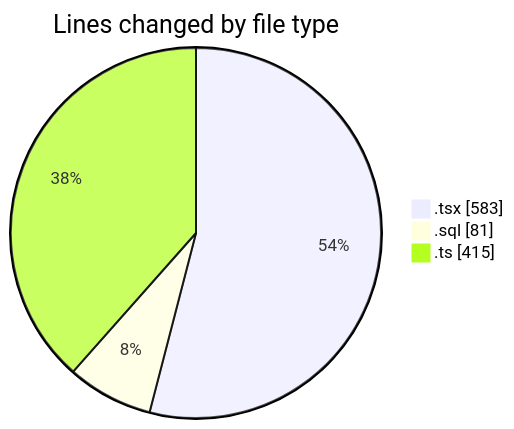
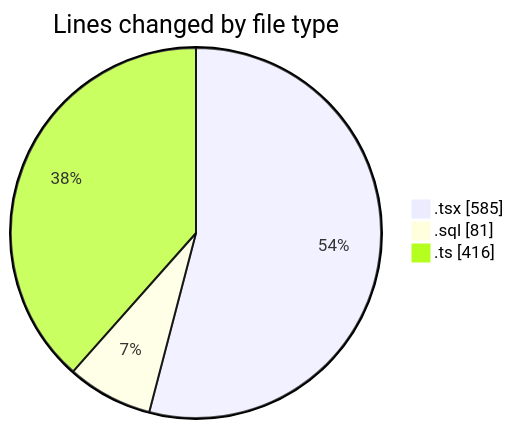
One commit to lephambinh05/code-tracking changed the first of 2 diagrams in 2025-09-09/hiai-phf/README.md. Above: the diagram before and after it, drawn with Mermaid. The commit also changed other lines of this file and 1 other file, not shown here.

````diff
--- a/2025-09-09/hiai-phf/README.md
+++ b/2025-09-09/hiai-phf/README.md
@@ -33,7 +34,7 @@
 ```mermaid
 pie showData
 title Lines changed by file type
-".tsx" : 583
+".tsx" : 585
 ".sql" : 81
-".ts" : 415
+".ts" : 416
 ```
````
